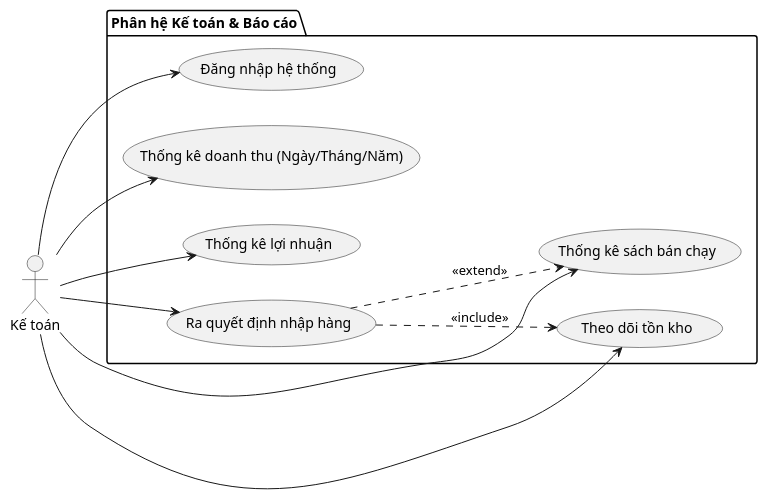
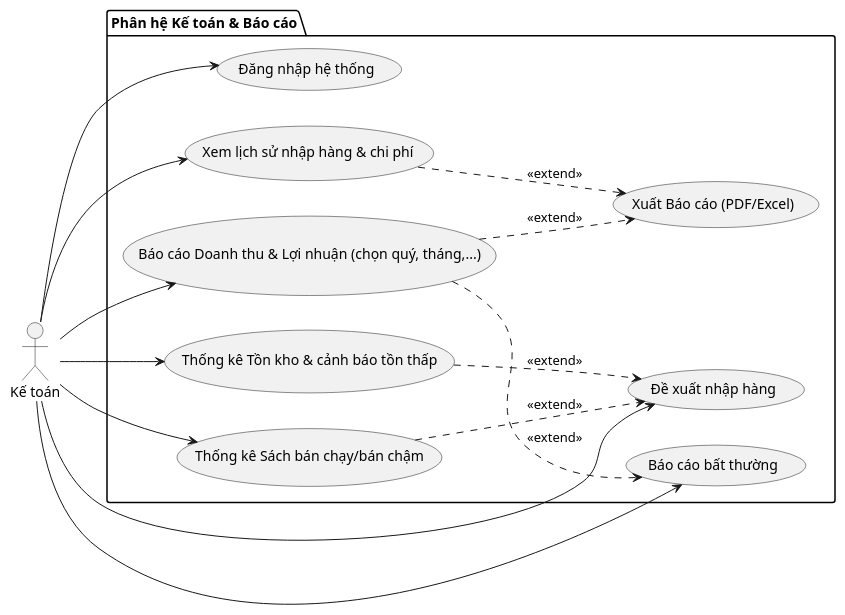
Before and after one commit to Kh0anh/QuanLyNhaSach: the diagram in docs/use case/actor Kế toán.plantuml, drawn with PlantUML. The commit also changed 8 other files, not shown here.

```diff
--- a/docs/use case/actor Kế toán.plantuml
+++ b/docs/use case/actor Kế toán.plantuml
@@ -1,23 +1,29 @@
 @startuml
 left to right direction
 actor "Kế toán" as KT
 
 package "Phân hệ Kế toán & Báo cáo" {
     usecase "Đăng nhập hệ thống" as UC_Login
-    usecase "Thống kê doanh thu (Ngày/Tháng/Năm)" as UC_DoanhThu
-    usecase "Thống kê lợi nhuận" as UC_LoiNhuan
-    usecase "Thống kê sách bán chạy" as UC_BanChay
-    usecase "Theo dõi tồn kho" as UC_TonKho
-    usecase "Ra quyết định nhập hàng" as UC_QuyetDinh
+    usecase "Báo cáo Doanh thu & Lợi nhuận (chọn quý, tháng,...)" as UC_BaoCao
+    usecase "Thống kê Tồn kho & cảnh báo tồn thấp" as UC_TonKho
+    usecase "Thống kê Sách bán chạy/bán chậm" as UC_BanChay
+    usecase "Xem lịch sử nhập hàng & chi phí" as UC_LichSuNhap
+    usecase "Xuất Báo cáo (PDF/Excel)" as UC_XuatBaoCao
+    usecase "Đề xuất nhập hàng" as UC_DeXuatNhap
+    usecase "Báo cáo bất thường" as UC_BaoCaoBatThuong
 }
 
 KT --> UC_Login
-KT --> UC_DoanhThu
-KT --> UC_LoiNhuan
+KT --> UC_BaoCao
+KT --> UC_TonKho
 KT --> UC_BanChay
-KT --> UC_TonKho
-KT --> UC_QuyetDinh
+KT --> UC_LichSuNhap
+KT --> UC_DeXuatNhap
+KT --> UC_BaoCaoBatThuong
 
-UC_QuyetDinh ..> UC_TonKho : <<include>>
-UC_QuyetDinh ..> UC_BanChay : <<extend>>
+UC_BaoCao ..> UC_XuatBaoCao : <<extend>>
+UC_LichSuNhap ..> UC_XuatBaoCao : <<extend>>
+UC_TonKho ..> UC_DeXuatNhap : <<extend>>
+UC_BanChay ..> UC_DeXuatNhap : <<extend>>
+UC_BaoCao ..> UC_BaoCaoBatThuong : <<extend>>
 @enduml
```
